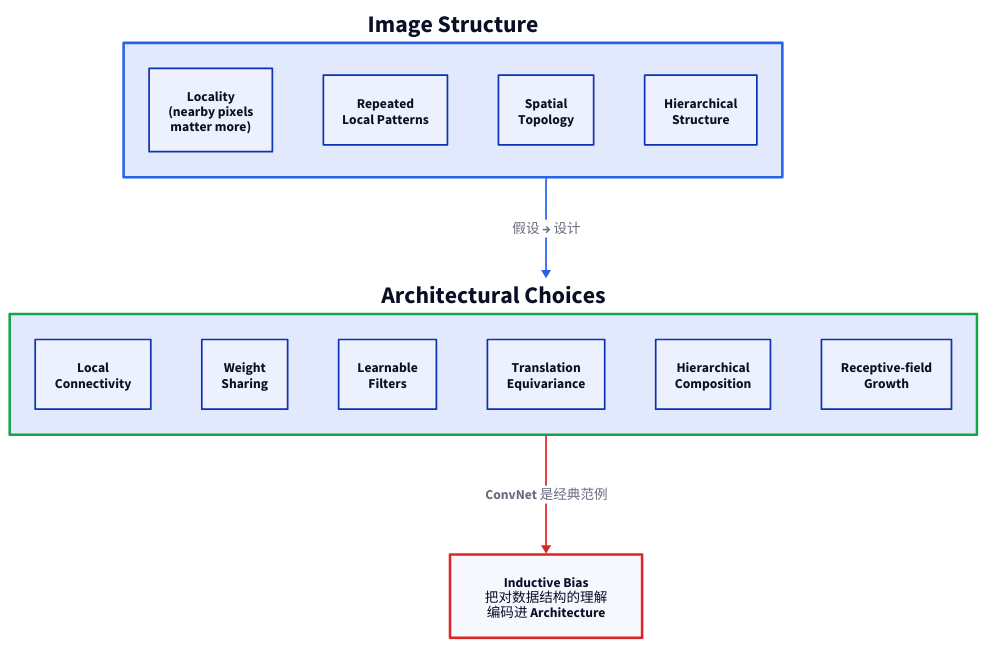
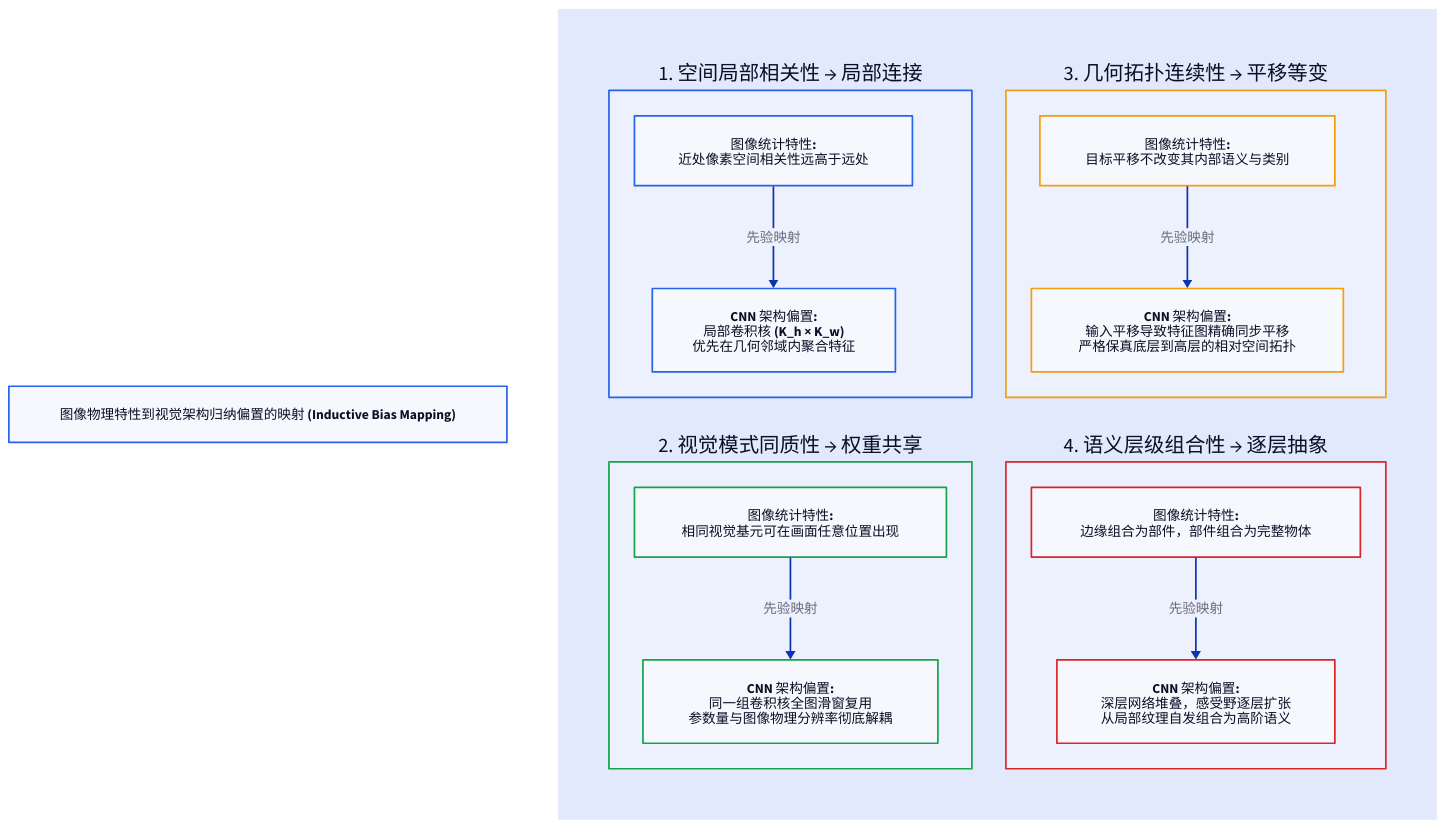
Before and after one commit to 111qqz/111qqz.github.io: the diagram in images/convnet-architecture-thinking/image-structure-to-architecture.d2, drawn with D2. The commit also changed 512 other files, not shown here.

Commit message:
fix(images): 同步概率密度配图精简并更新图片清册 111qqz/hugo-blog@1e605b2ee9908b4a5846f8919189ce75324d62b7

```diff
--- a/images/convnet-architecture-thinking/image-structure-to-architecture.d2
+++ b/images/convnet-architecture-thinking/image-structure-to-architecture.d2
@@ -1,42 +1,60 @@
 direction: down
 
-image-structure: "Image Structure" {
+title: "图像物理特性到视觉架构归纳偏置的映射 (Inductive Bias Mapping)" {
   style.bold: true
+  style.stroke-width: 2
   style.stroke: "#2563eb"
-  style.stroke-width: 3
-
-  direction: right
-  a: "Locality\n(nearby pixels\nmatter more)"
-  b: "Repeated\nLocal Patterns"
-  c: "Spatial\nTopology"
-  d: "Hierarchical\nStructure"
 }
 
-arch-choices: "Architectural Choices" {
-  style.bold: true
-  style.stroke: "#16a34a"
-  style.stroke-width: 3
+mappings: "" {
+  grid-columns: 2
+  style.stroke: transparent
 
-  direction: right
-  a: "Local\nConnectivity"
-  b: "Weight\nSharing"
-  c: "Learnable\nFilters"
-  d: "Translation\nEquivariance"
-  e: "Hierarchical\nComposition"
-  f: "Receptive-field\nGrowth"
+  pair1: "1. 空间局部相关性 → 局部连接" {
+    style.stroke: "#2563eb"
+    style.stroke-width: 2
+    direction: down
+    d1: "图像统计特性:\n近处像素空间相关性远高于远处" {style.stroke: "#2563eb"}
+    a1: "CNN 架构偏置:\n局部卷积核 (K_h × K_w)\n优先在几何邻域内聚合特征" {
+      style.stroke: "#2563eb"
+      style.bold: true
+    }
+    d1 -> a1: "先验映射"
+  }
+
+  pair2: "2. 视觉模式同质性 → 权重共享" {
+    style.stroke: "#16a34a"
+    style.stroke-width: 2
+    direction: down
+    d2: "图像统计特性:\n相同视觉基元可在画面任意位置出现" {style.stroke: "#16a34a"}
+    a2: "CNN 架构偏置:\n同一组卷积核全图滑窗复用\n参数量与图像物理分辨率彻底解耦" {
+      style.stroke: "#16a34a"
+      style.bold: true
+    }
+    d2 -> a2: "先验映射"
+  }
+
+  pair3: "3. 几何拓扑连续性 → 平移等变" {
+    style.stroke: "#f59e0b"
+    style.stroke-width: 2
+    direction: down
+    d3: "图像统计特性:\n目标平移不改变其内部语义与类别" {style.stroke: "#f59e0b"}
+    a3: "CNN 架构偏置:\n输入平移导致特征图精确同步平移\n严格保真底层到高层的相对空间拓扑" {
+      style.stroke: "#f59e0b"
+      style.bold: true
+    }
+    d3 -> a3: "先验映射"
+  }
+
+  pair4: "4. 语义层级组合性 → 逐层抽象" {
+    style.stroke: "#dc2626"
+    style.stroke-width: 2
+    direction: down
+    d4: "图像统计特性:\n边缘组合为部件，部件组合为完整物体" {style.stroke: "#dc2626"}
+    a4: "CNN 架构偏置:\n深层网络堆叠，感受野逐层扩张\n从局部纹理自发组合为高阶语义" {
+      style.stroke: "#dc2626"
+      style.bold: true
+    }
+    d4 -> a4: "先验映射"
+  }
 }
-
-bias: "Inductive Bias\n把对数据结构的理解\n编码进 Architecture" {
-  style.bold: true
-  style.stroke: "#dc2626"
-  style.stroke-width: 3
-}
-
-image-structure -> arch-choices: "假设 → 设计" {
-  style.stroke: "#2563eb"
-  style.bold: true
-}
-arch-choices -> bias: "ConvNet 是经典范例" {
-  style.stroke: "#dc2626"
-  style.bold: true
-}
```
